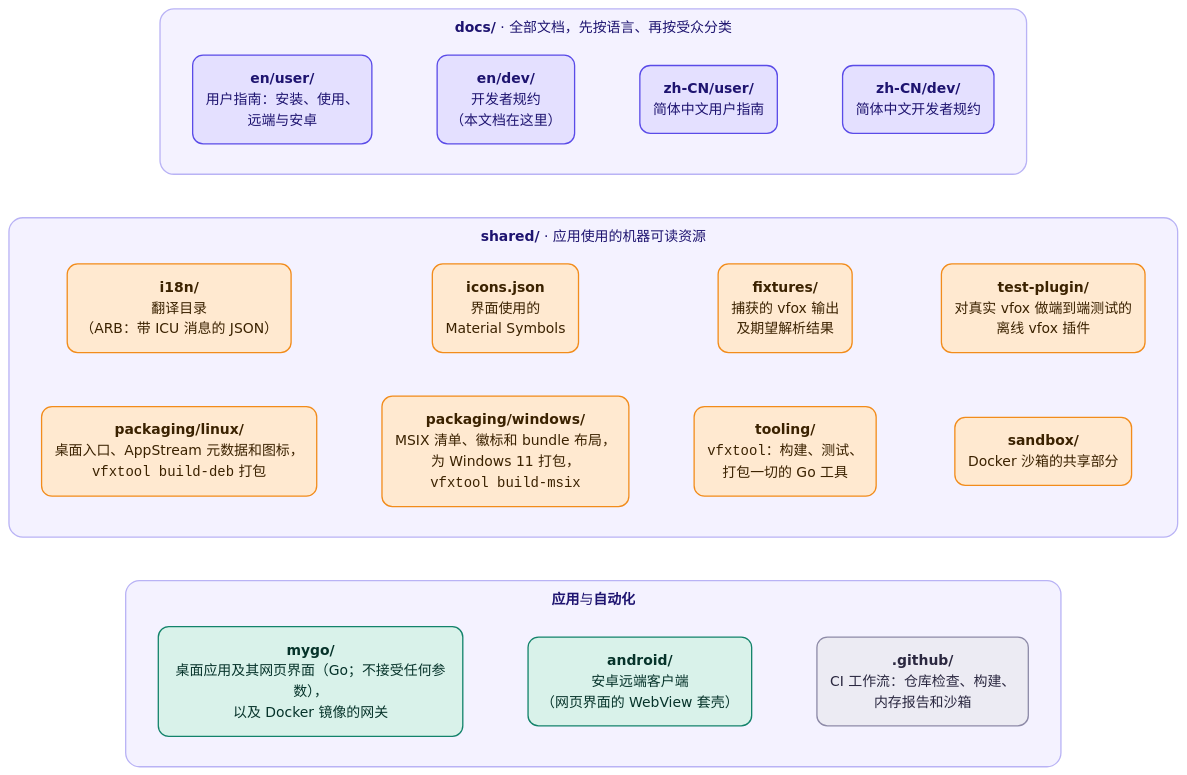
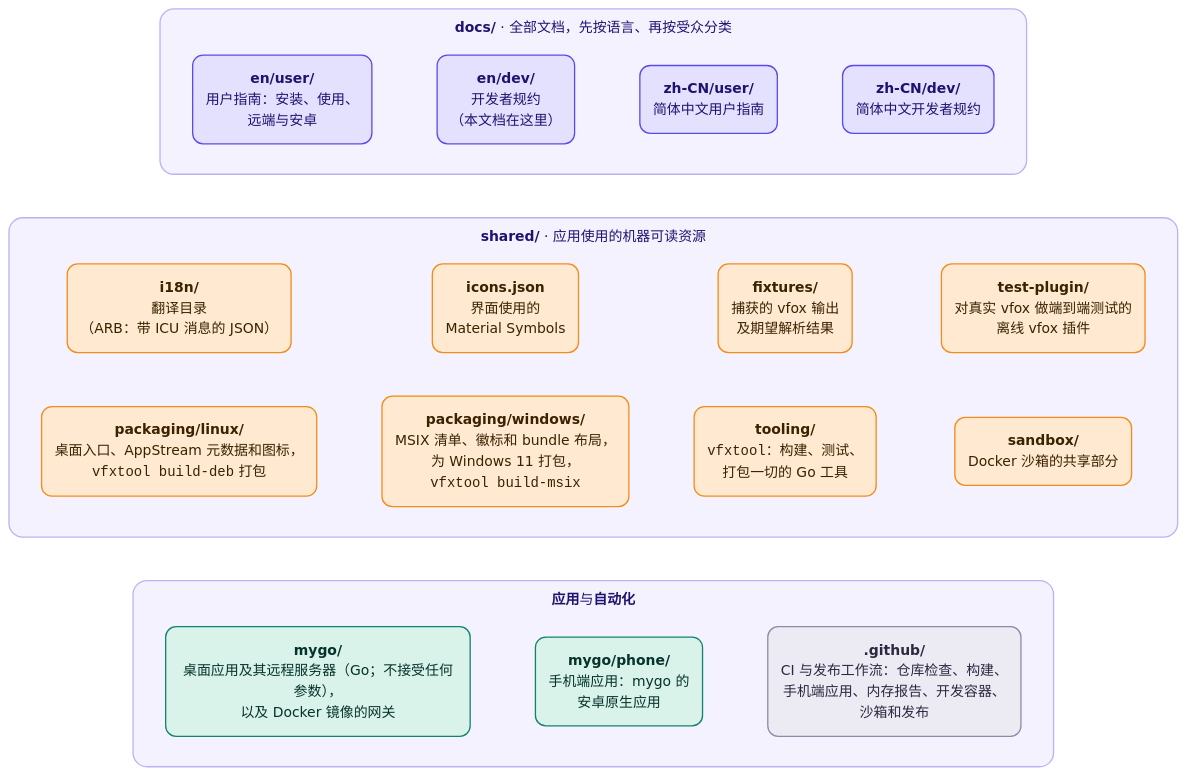
The first of 5 diagrams in docs/zh-CN/dev/architecture.md (version-fox/vfox-plus), drawn with Mermaid before and after one commit. The commit also changed other lines of this file and 336 other files, not shown here.

First line of the commit message:
Move the phone app to mygo; serve the web interface from the gateway only (#70)

````diff
--- a/docs/zh-CN/dev/architecture.md
+++ b/docs/zh-CN/dev/architecture.md
@@ -12,51 +12,51 @@
 ```mermaid
 ---
 config:
   theme: base
   themeVariables:
     fontFamily: "system-ui, -apple-system, 'Segoe UI', 'Noto Sans', 'Noto Sans CJK SC', 'PingFang SC', 'Microsoft YaHei', sans-serif"
     lineColor: "#7C79A8"
     primaryColor: "#FFE9D0"
     primaryBorderColor: "#F28C1B"
     primaryTextColor: "#3B2200"
     clusterBkg: "#F4F2FF"
     clusterBorder: "#B9B3F5"
     titleColor: "#1E1470"
     edgeLabelBackground: "#FFFFFF"
   flowchart:
     curve: basis
     wrappingWidth: 320
     subGraphTitleMargin:
       top: 10
       bottom: 8
 ---
 flowchart TB
     accTitle: 仓库布局
-    accDescr: docs 存放文档，shared 存放应用使用的资源，mygo 是应用和 Docker 镜像的网关，android 是安卓客户端，.github 是 CI 工作流。
+    accDescr: docs 存放文档，shared 存放应用使用的资源，mygo 是应用、Docker 镜像的网关和手机端应用，.github 是 CI 工作流。
     subgraph docs["<b>docs/</b> · 全部文档，先按语言、再按受众分类"]
         direction LR
         d1("<b>en/user/</b><br/>用户指南：安装、使用、<br/>远端与安卓") ~~~ d2("<b>en/dev/</b><br/>开发者规约<br/>（本文档在这里）") ~~~ d3("<b>zh-CN/user/</b><br/>简体中文用户指南") ~~~ d4("<b>zh-CN/dev/</b><br/>简体中文开发者规约")
     end
     subgraph shared["<b>shared/</b> · 应用使用的机器可读资源"]
         direction LR
         s1("<b>i18n/</b><br/>翻译目录<br/>（ARB：带 ICU 消息的 JSON）") ~~~ s2("<b>icons.json</b><br/>界面使用的<br/>Material Symbols") ~~~ s3("<b>fixtures/</b><br/>捕获的 vfox 输出<br/>及期望解析结果") ~~~ s4("<b>test-plugin/</b><br/>对真实 vfox 做端到端测试的<br/>离线 vfox 插件")
         s5("<b>packaging/linux/</b><br/>桌面入口、AppStream 元数据和图标，<br/><code>vfxtool build-deb</code> 打包") ~~~ s6("<b>packaging/windows/</b><br/>MSIX 清单、徽标和 bundle 布局，<br/>为 Windows 11 打包，<br/><code>vfxtool build-msix</code>") ~~~ s7("<b>tooling/</b><br/><code>vfxtool</code>：构建、测试、<br/>打包一切的 Go 工具") ~~~ s8("<b>sandbox/</b><br/>Docker 沙箱的共享部分")
     end
     subgraph code["<b>应用</b>与<b>自动化</b>"]
         direction LR
-        m("<b>mygo/</b><br/>桌面应用及其网页界面（Go；不接受任何参数），<br/>以及 Docker 镜像的网关") ~~~ a("<b>android/</b><br/>安卓远端客户端<br/>（网页界面的 WebView 套壳）") ~~~ g("<b>.github/</b><br/>CI 工作流：仓库检查、构建、<br/>内存报告和沙箱")
+        m("<b>mygo/</b><br/>桌面应用及其远程服务器（Go；不接受任何参数），<br/>以及 Docker 镜像的网关") ~~~ a("<b>mygo/phone/</b><br/>手机端应用：mygo 的<br/>安卓原生应用") ~~~ g("<b>.github/</b><br/>CI 与发布工作流：仓库检查、构建、<br/>手机端应用、内存报告、开发容器、<br/>沙箱和发布")
     end
     docs ~~~ shared ~~~ code
 
     classDef docs fill:#E4E0FF,stroke:#5A4BE8,color:#1E1470,stroke-width:1.5px,rx:12,ry:12
     classDef shared fill:#FFE9D0,stroke:#F28C1B,color:#3B2200,stroke-width:1.5px,rx:12,ry:12
     classDef app fill:#D9F2EA,stroke:#13836B,color:#06332A,stroke-width:1.5px,rx:12,ry:12
     classDef ci fill:#ECEBF3,stroke:#8E8BA8,color:#2B2840,stroke-width:1.5px,rx:12,ry:12
     class d1,d2,d3,d4 docs
     class s1,s2,s3,s4,s5,s6,s7,s8 shared
     class m,a app
     class g ci
     style docs fill:#F4F2FF,stroke:#B9B3F5,stroke-width:1.5px,rx:16,ry:16
     style shared fill:#F4F2FF,stroke:#B9B3F5,stroke-width:1.5px,rx:16,ry:16
     style code fill:#F4F2FF,stroke:#B9B3F5,stroke-width:1.5px,rx:16,ry:16
 ```
````
